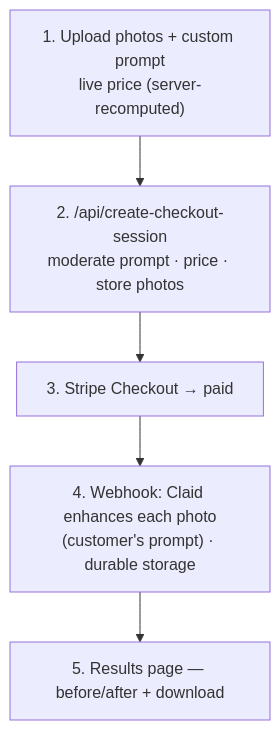
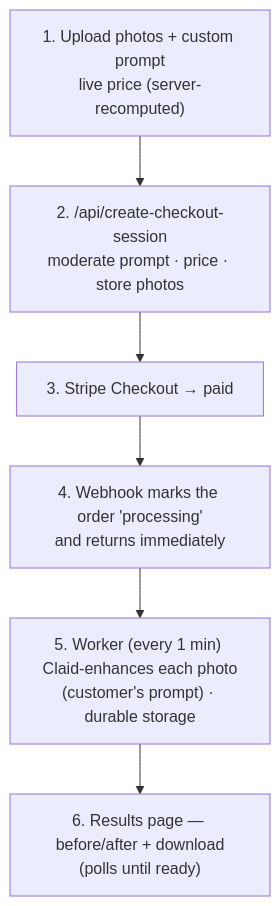
One commit to enriquehernandezit-oss/clickworthy changed the second of 2 diagrams in PIPELINE.md. Above: the diagram before and after it, drawn with Mermaid. The commit also changed other lines of this file and 4 other files, not shown here.

Commit message:
Move /enhance enhancement out of the Stripe webhook into the worker

````diff
--- a/PIPELINE.md
+++ b/PIPELINE.md
@@ -76,9 +76,10 @@
 ```mermaid
 flowchart TD
     E1["1. Upload photos + custom prompt<br/>live price (server-recomputed)"]
     E2["2. /api/create-checkout-session<br/>moderate prompt · price · store photos"]
     E3["3. Stripe Checkout → paid"]
-    E4["4. Webhook: Claid enhances each photo<br/>(customer's prompt) · durable storage"]
-    E5["5. Results page — before/after + download"]
-    E1 --> E2 --> E3 --> E4 --> E5
+    E4["4. Webhook marks the order 'processing'<br/>and returns immediately"]
+    E5["5. Worker (every 1 min) Claid-enhances each photo<br/>(customer's prompt) · durable storage"]
+    E6["6. Results page — before/after + download<br/>(polls until ready)"]
+    E1 --> E2 --> E3 --> E4 --> E5 --> E6
 ```
````
